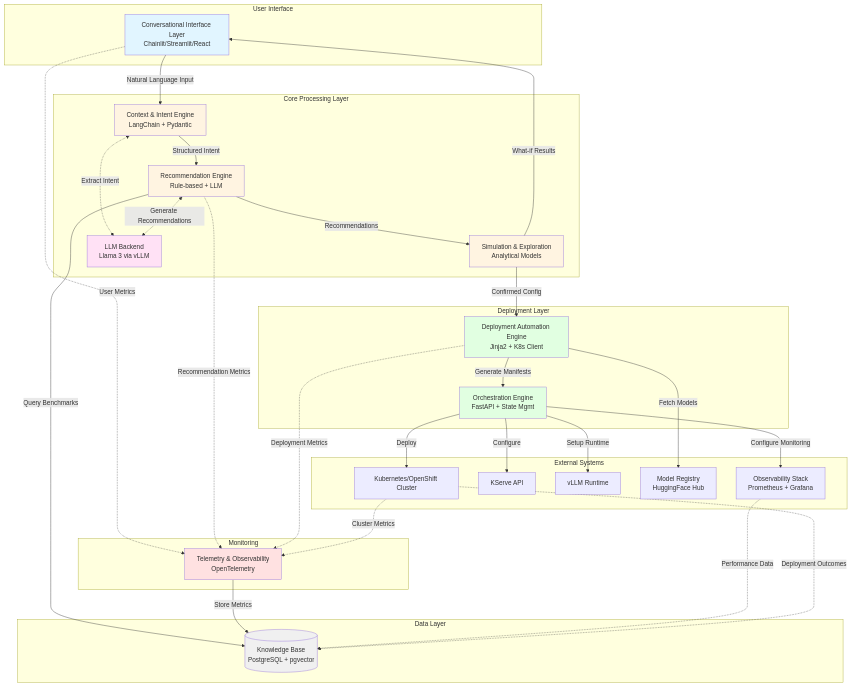
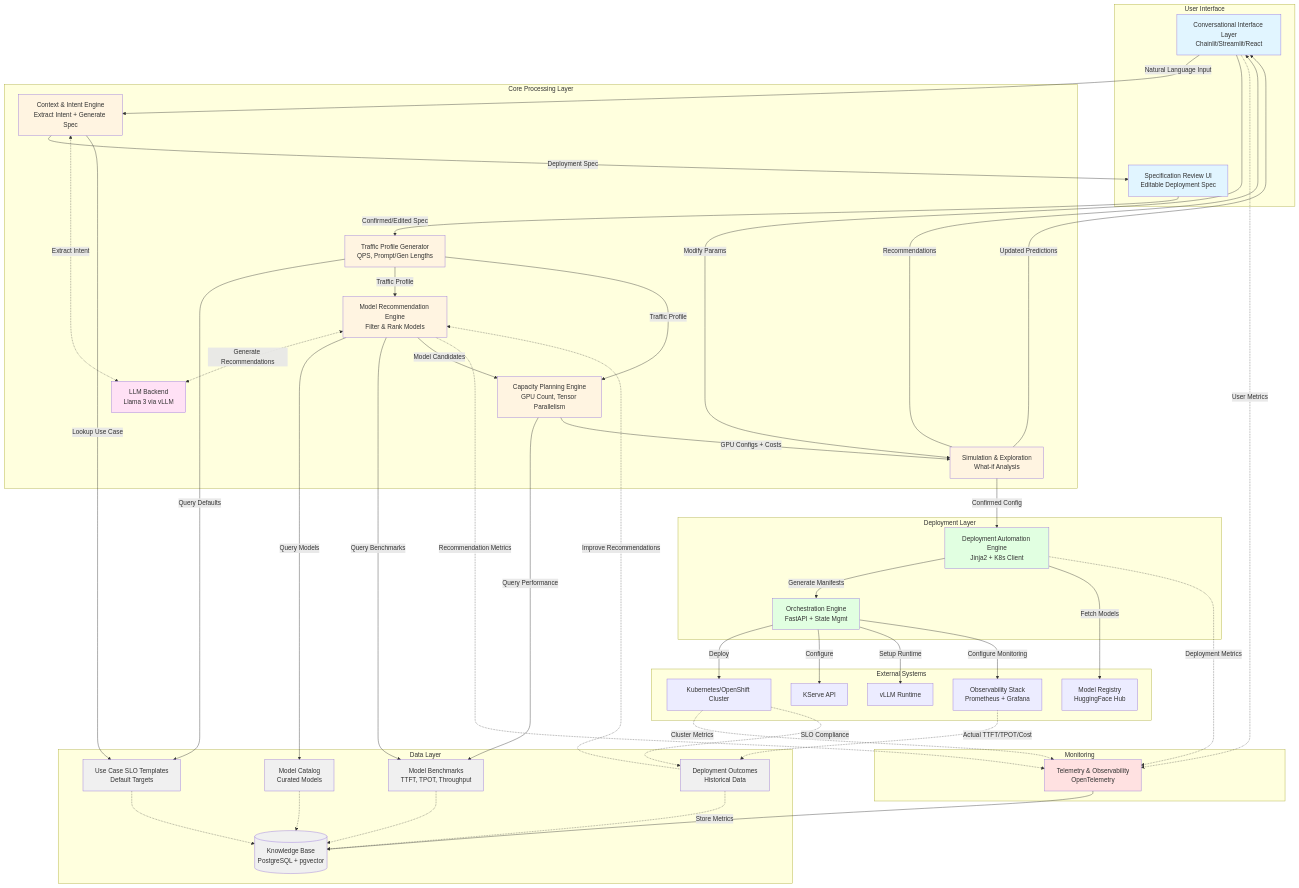
The first of 5 diagrams in architecture-diagram.md (redhat-et/compass), drawn with Mermaid before and after one commit. The commit also changed other lines of this file and 1 other file, not shown here.

First line of the commit message:
Add comprehensive SLO-driven deployment planning capabilities

````diff
--- a/architecture-diagram.md
+++ b/architecture-diagram.md
@@ -4,12 +4,15 @@
 graph TB
     subgraph "User Interface"
         UI[Conversational Interface Layer<br/>Chainlit/Streamlit/React]
+        SPEC_UI[Specification Review UI<br/>Editable Deployment Spec]
     end
 
     subgraph "Core Processing Layer"
-        CIE[Context & Intent Engine<br/>LangChain + Pydantic]
-        RE[Recommendation Engine<br/>Rule-based + LLM]
-        SIM[Simulation & Exploration<br/>Analytical Models]
+        CIE[Context & Intent Engine<br/>Extract Intent + Generate Spec]
+        TPG[Traffic Profile Generator<br/>QPS, Prompt/Gen Lengths]
+        MRE[Model Recommendation Engine<br/>Filter & Rank Models]
+        CPE[Capacity Planning Engine<br/>GPU Count, Tensor Parallelism]
+        SIM[Simulation & Exploration<br/>What-if Analysis]
         LLM[LLM Backend<br/>Llama 3 via vLLM]
     end
 
@@ -20,6 +23,10 @@
 
     subgraph "Data Layer"
         KB[(Knowledge Base<br/>PostgreSQL + pgvector)]
+        KB_BENCH[Model Benchmarks<br/>TTFT, TPOT, Throughput]
+        KB_SLO[Use Case SLO Templates<br/>Default Targets]
+        KB_MODELS[Model Catalog<br/>Curated Models]
+        KB_OUTCOMES[Deployment Outcomes<br/>Historical Data]
     end
 
     subgraph "External Systems"
@@ -36,16 +43,30 @@
 
     %% User interaction flow
     UI -->|Natural Language Input| CIE
-    CIE -->|Structured Intent| RE
+    CIE -->|Deployment Spec| SPEC_UI
+    SPEC_UI -->|Confirmed/Edited Spec| TPG
 
     %% LLM integration
     CIE <-.->|Extract Intent| LLM
-    RE <-.->|Generate Recommendations| LLM
+    MRE <-.->|Generate Recommendations| LLM
+
+    %% Knowledge Base queries
+    CIE -->|Lookup Use Case| KB_SLO
+    TPG -->|Query Defaults| KB_SLO
+    MRE -->|Query Models| KB_MODELS
+    MRE -->|Query Benchmarks| KB_BENCH
+    CPE -->|Query Performance| KB_BENCH
 
     %% Recommendation flow
-    RE -->|Query Benchmarks| KB
-    RE -->|Recommendations| SIM
-    SIM -->|What-if Results| UI
+    TPG -->|Traffic Profile| MRE
+    TPG -->|Traffic Profile| CPE
+    MRE -->|Model Candidates| CPE
+    CPE -->|GPU Configs + Costs| SIM
+    SIM -->|Recommendations| UI
+
+    %% What-if exploration
+    UI -->|Modify Params| SIM
+    SIM -->|Updated Predictions| UI
 
     %% Deployment flow
     SIM -->|Confirmed Config| DAE
@@ -60,22 +81,36 @@
     %% Observability
     ORCH -->|Configure Monitoring| OBS
     UI -.->|User Metrics| TEL
-    RE -.->|Recommendation Metrics| TEL
+    MRE -.->|Recommendation Metrics| TEL
     DAE -.->|Deployment Metrics| TEL
     K8S -.->|Cluster Metrics| TEL
     TEL -->|Store Metrics| KB
 
     %% Feedback loop
-    OBS -.->|Performance Data| KB
-    K8S -.->|Deployment Outcomes| KB
+    OBS -.->|Actual TTFT/TPOT/Cost| KB_OUTCOMES
+    K8S -.->|SLO Compliance| KB_OUTCOMES
+    KB_OUTCOMES -.->|Improve Recommendations| MRE
+
+    %% Knowledge Base internal connections
+    KB_BENCH -.-> KB
+    KB_SLO -.-> KB
+    KB_MODELS -.-> KB
+    KB_OUTCOMES -.-> KB
 
     style UI fill:#e1f5ff
+    style SPEC_UI fill:#e1f5ff
     style CIE fill:#fff4e1
-    style RE fill:#fff4e1
+    style TPG fill:#fff4e1
+    style MRE fill:#fff4e1
+    style CPE fill:#fff4e1
     style SIM fill:#fff4e1
     style LLM fill:#ffe1f5
     style DAE fill:#e1ffe1
     style ORCH fill:#e1ffe1
     style KB fill:#f0f0f0
+    style KB_BENCH fill:#f0f0f0
+    style KB_SLO fill:#f0f0f0
+    style KB_MODELS fill:#f0f0f0
+    style KB_OUTCOMES fill:#f0f0f0
     style TEL fill:#ffe1e1
 ```
````
